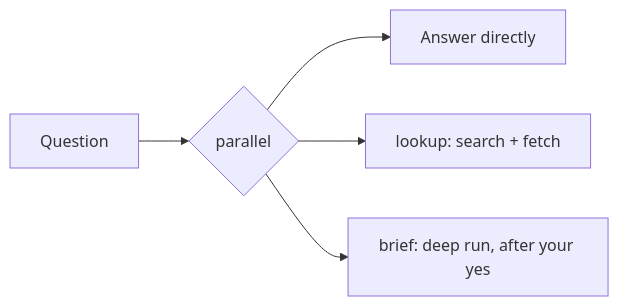
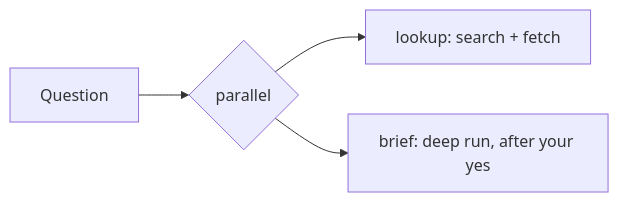
Before and after one commit to tdarenkov/parallel-kit: the first of 3 diagrams in README.md, drawn with Mermaid. The commit also changed other lines of this file and 6 other files, not shown here.

````diff
--- a/README.md
+++ b/README.md
@@ -58,7 +58,6 @@
 ```mermaid
 flowchart LR
     Q[Question] --> R{parallel}
-    R --> A[Answer directly]
     R --> L[lookup: search + fetch]
     R --> B[brief: deep run, after your yes]
 ```
````
